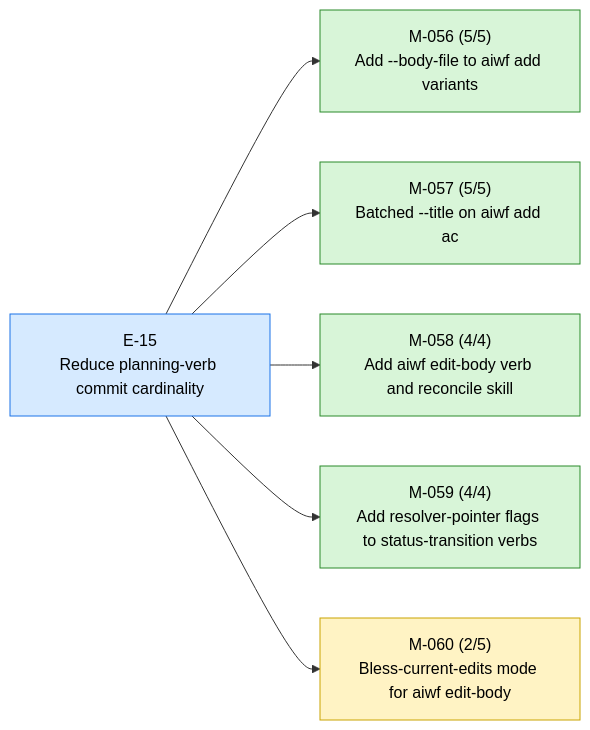
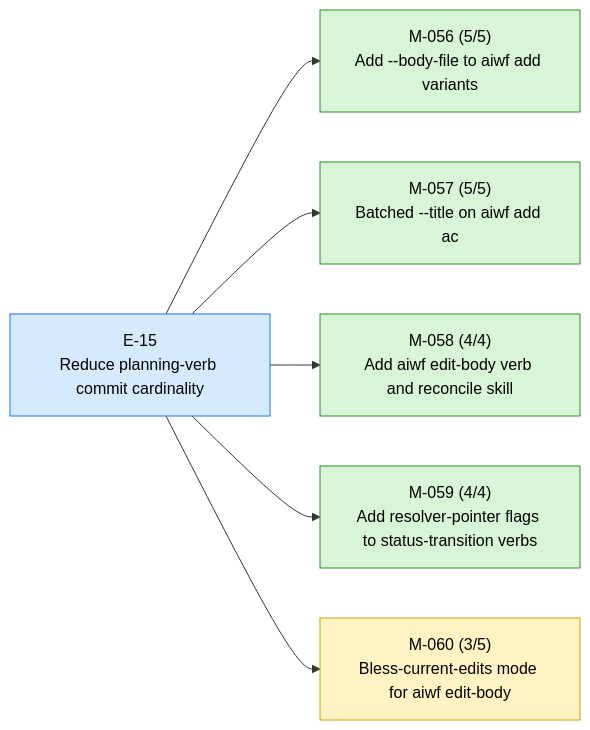
The first of 3 diagrams in STATUS.md (23min/aiwf), drawn with Mermaid before and after one commit. The commit also changed other lines of this file and 1 other file, not shown here.

First line of the commit message:
aiwf promote M-060/AC-3 open -> met

````diff
--- a/STATUS.md
+++ b/STATUS.md
@@ -15,20 +15,20 @@
 ```mermaid
 flowchart LR
   E_15["E-15<br/>Reduce planning-verb commit cardinality"]:::epic_active
   M_056["M-056 (5/5)<br/>Add --body-file to aiwf add variants"]:::ms_done
   E_15 --> M_056
   M_057["M-057 (5/5)<br/>Batched --title on aiwf add ac"]:::ms_done
   E_15 --> M_057
   M_058["M-058 (4/4)<br/>Add aiwf edit-body verb and reconcile skill"]:::ms_done
   E_15 --> M_058
   M_059["M-059 (4/4)<br/>Add resolver-pointer flags to status-transition verbs"]:::ms_done
   E_15 --> M_059
-  M_060["M-060 (2/5)<br/>Bless-current-edits mode for aiwf edit-body"]:::ms_in_progress
+  M_060["M-060 (3/5)<br/>Bless-current-edits mode for aiwf edit-body"]:::ms_in_progress
   E_15 --> M_060
   classDef epic_active fill:#d6eaff,stroke:#1a73e8,color:#000
   classDef epic_proposed fill:#f4f4f4,stroke:#888,color:#000
   classDef ms_done fill:#d8f5d8,stroke:#2a8a2a,color:#000
   classDef ms_in_progress fill:#fff3c4,stroke:#caa400,color:#000
   classDef ms_draft fill:#f4f4f4,stroke:#888,color:#000
   classDef ms_cancelled fill:#fbeaea,stroke:#c33,color:#000
 ```
````
